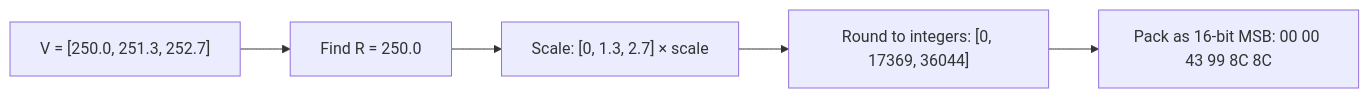
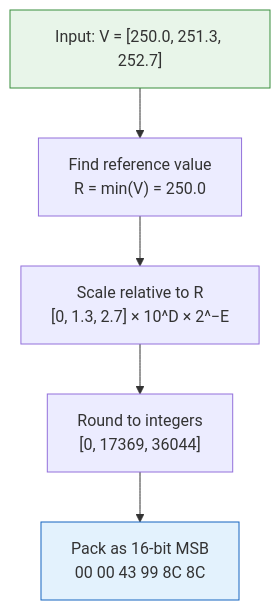
Before and after one commit to ecmwf/tensogram: the diagram in docs/src/encodings/simple-packing.md, drawn with Mermaid. The commit also changed 4 other files, not shown here.

First line of the commit message:
docs: improve mermaid diagram readability and center all diagrams

````diff
--- a/docs/src/encodings/simple-packing.md
+++ b/docs/src/encodings/simple-packing.md
@@ -17,7 +17,17 @@
 ```mermaid
-flowchart LR
-    A["V = [250.0, 251.3, 252.7]"] --> B["Find R = 250.0"]
-    B --> C["Scale: [0, 1.3, 2.7] × scale"]
-    C --> D["Round to integers: [0, 17369, 36044]"]
-    D --> E["Pack as 16-bit MSB: 00 00 43 99 8C 8C"]
+flowchart TD
+    A["Input: V = [250.0, 251.3, 252.7]"]
+    B["Find reference value
+    R = min(V) = 250.0"]
+    C["Scale relative to R
+    [0, 1.3, 2.7] × 10^D × 2^−E"]
+    D["Round to integers
+    [0, 17369, 36044]"]
+    E["Pack as 16-bit MSB
+    00 00 43 99 8C 8C"]
+
+    A --> B --> C --> D --> E
+
+    style A fill:#e8f5e9,stroke:#388e3c
+    style E fill:#e3f2fd,stroke:#1565c0
 ```
````
